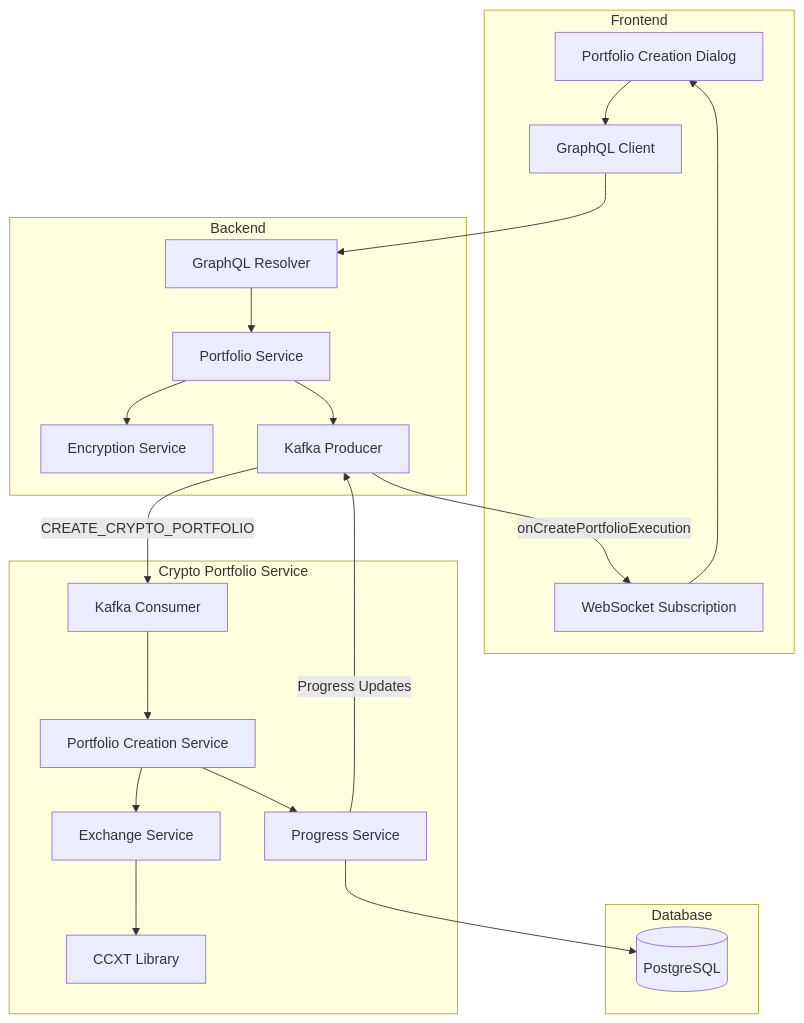
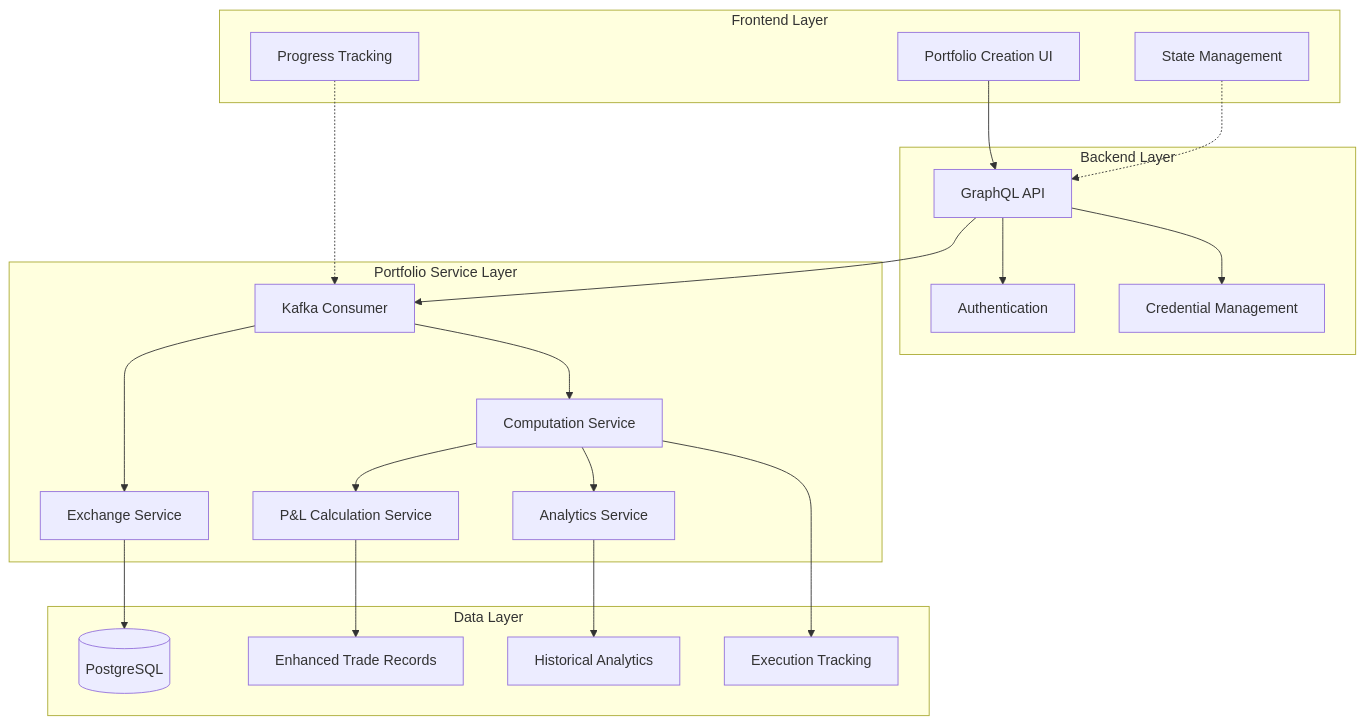
One commit to aalexx-le/aurora changed the diagram in docs/crypto/portfolio-creation-flow.md. Above: the diagram before and after it, drawn with Mermaid. The commit also changed other lines of this file and 88 other files, not shown here.

Commit message:
XELA-17 | Pre-calculate Portfolio Data using JS

````diff
--- a/docs/crypto/portfolio-creation-flow.md
+++ b/docs/crypto/portfolio-creation-flow.md
@@ -15,42 +18,47 @@
 ```mermaid
-graph TD
-    subgraph "Frontend"
-        UI[Portfolio Creation Dialog]
-        GQL[GraphQL Client]
-        SUB[WebSocket Subscription]
+graph TB
+    subgraph "Frontend Layer"
+        UI[Portfolio Creation UI]
+        STATE[State Management]
+        PROGRESS[Progress Tracking]
     end
     
-    subgraph "Backend"
-        RESOLVER[GraphQL Resolver]
-        SERVICE[Portfolio Service]
-        ENCRYPT[Encryption Service]
-        KAFKA_PRODUCER[Kafka Producer]
+    subgraph "Backend Layer"
+        API[GraphQL API]
+        AUTH[Authentication]
+        CRED[Credential Management]
     end
     
-    subgraph "Crypto Portfolio Service"
-        KAFKA_CONSUMER[Kafka Consumer]
-        PORTFOLIO_SERVICE[Portfolio Creation Service]
-        EXCHANGE_SERVICE[Exchange Service]
-        PROGRESS_SERVICE[Progress Service]
-        CCXT[CCXT Library]
+    subgraph "Portfolio Service Layer"
+        CONSUMER[Kafka Consumer]
+        EXCHANGE[Exchange Service]
+        COMPUTATION[Computation Service]
+        PNL[P&L Calculation Service]
+        ANALYTICS[Analytics Service]
     end
     
-    subgraph "Database"
+    subgraph "Data Layer"
         DB[(PostgreSQL)]
+        TRADES[Enhanced Trade Records]
+        HISTORICAL[Historical Analytics]
+        EXECUTION[Execution Tracking]
     end
     
-    UI --> GQL
-    GQL --> RESOLVER
-    RESOLVER --> SERVICE
-    SERVICE --> ENCRYPT
-    SERVICE --> KAFKA_PRODUCER
-    KAFKA_PRODUCER -->|CREATE_CRYPTO_PORTFOLIO| KAFKA_CONSUMER
-    KAFKA_CONSUMER --> PORTFOLIO_SERVICE
-    PORTFOLIO_SERVICE --> EXCHANGE_SERVICE
-    EXCHANGE_SERVICE --> CCXT
-    PORTFOLIO_SERVICE --> PROGRESS_SERVICE
-    PROGRESS_SERVICE --> DB
-    PROGRESS_SERVICE -->|Progress Updates| KAFKA_PRODUCER
-    KAFKA_PRODUCER -->|onCreatePortfolioExecution| SUB
-    SUB --> UI
+    UI --> API
+    API --> AUTH
+    API --> CRED
+    API --> CONSUMER
+    
+    CONSUMER --> EXCHANGE
+    CONSUMER --> COMPUTATION
+    COMPUTATION --> PNL
+    COMPUTATION --> ANALYTICS
+    
+    EXCHANGE --> DB
+    PNL --> TRADES
+    ANALYTICS --> HISTORICAL
+    COMPUTATION --> EXECUTION
+    
+    PROGRESS -.-> CONSUMER
+    STATE -.-> API
 ```
````
